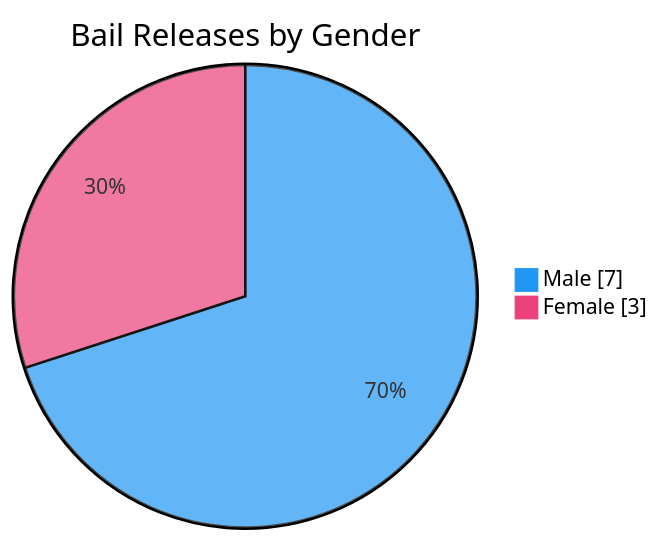
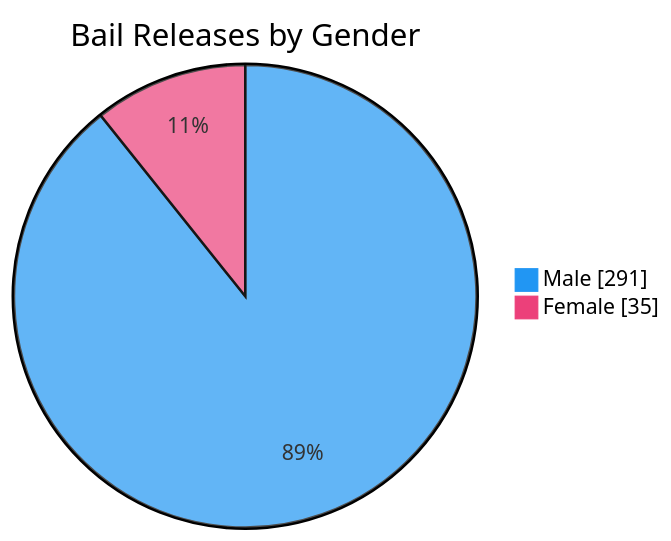
The seventh of 7 diagrams in README.md (nuuuwan/lk_prisons), drawn with Mermaid before and after one commit. The commit also changed other lines of this file and 1 other file, not shown here.

````diff
--- a/README.md
+++ b/README.md
@@ -109,6 +109,6 @@
 ```mermaid
 %%{init: {'themeVariables': {'pie1': '#2196F3', 'pie2': '#EC407A'}}}%%
 pie showData title Bail Releases by Gender
-    "Male" : 7
-    "Female" : 3
+    "Male" : 291
+    "Female" : 35
 ```
````
